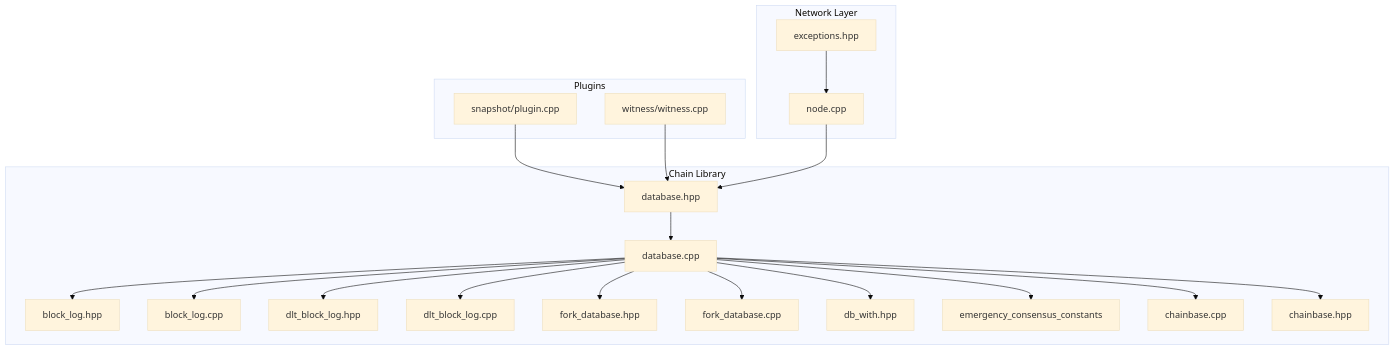
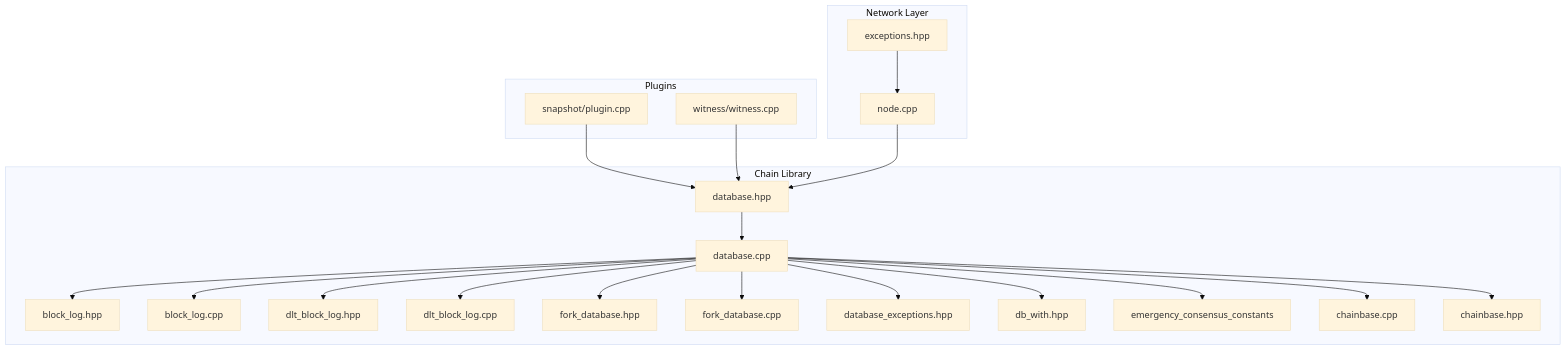
The first of 24 diagrams in .qoder/repowiki/en/content/Architecture Overview/Core Libraries/Chain Library/Database Management/Database Management.md (VIZ-Blockchain/viz-cpp-node), drawn with Mermaid (base theme) before and after one commit. The commit also changed other lines of this file and 4 other files, not shown here.

````diff
--- a/.qoder/repowiki/en/content/Architecture Overview/Core Libraries/Chain Library/Database Management/Database Management.md
+++ b/.qoder/repowiki/en/content/Architecture Overview/Core Libraries/Chain Library/Database Management/Database Management.md
@@ -62,40 +65,42 @@
 ```mermaid
 graph TB
 subgraph "Chain Library"
 DBH["database.hpp"]
 DBCPP["database.cpp"]
 BLH["block_log.hpp"]
 BLCPP["block_log.cpp"]
 DLTH["dlt_block_log.hpp"]
 DLTCPP["dlt_block_log.cpp"]
 FDH["fork_database.hpp"]
 FDCPP["fork_database.cpp"]
+DEH["database_exceptions.hpp"]
 DBWH["db_with.hpp"]
 ENDH["emergency_consensus_constants"]
 CB["chainbase.cpp"]
 CBH["chainbase.hpp"]
 end
 subgraph "Plugins"
 SNAPH["snapshot/plugin.cpp"]
 WITNESS["witness/witness.cpp"]
 end
 subgraph "Network Layer"
 NODE["node.cpp"]
 EXC["exceptions.hpp"]
 end
 DBH --> DBCPP
 DBCPP --> BLH
 DBCPP --> BLCPP
 DBCPP --> DLTH
 DBCPP --> DLTCPP
 DBCPP --> FDH
 DBCPP --> FDCPP
+DBCPP --> DEH
 DBCPP --> DBWH
 DBCPP --> ENDH
 DBCPP --> CB
 DBCPP --> CBH
 SNAPH --> DBH
 WITNESS --> DBH
 NODE --> DBH
 EXC --> NODE
 ```
````
